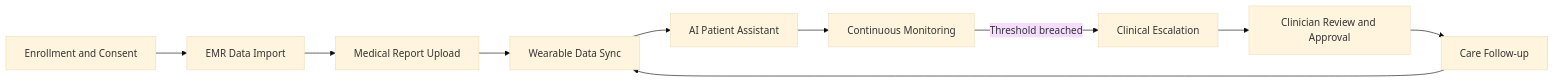
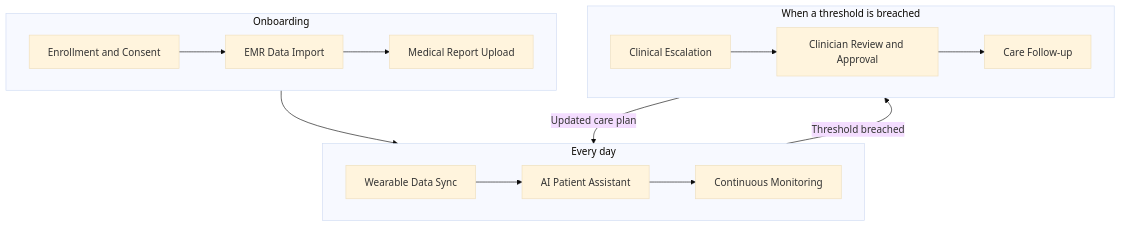
One commit to plantekconsulting/aivacare changed the first of 7 diagrams in docs/AivaCare-Architecture.md. Above: the diagram before and after it, drawn with Mermaid (base theme). The commit also changed other lines of this file and 5 other files, not shown here.

Commit message:
Architecture PDF, team test guide, downloadable sample lab report

````diff
--- a/docs/AivaCare-Architecture.md
+++ b/docs/AivaCare-Architecture.md
@@ -80,12 +80,18 @@
 ```mermaid
-flowchart LR
-  A["Enrollment and Consent"] --> B["EMR Data Import"]
-  B --> C["Medical Report Upload"]
-  C --> D["Wearable Data Sync"]
-  D --> E["AI Patient Assistant"]
-  E --> F["Continuous Monitoring"]
-  F -->|"Threshold breached"| G["Clinical Escalation"]
-  G --> H["Clinician Review and Approval"]
-  H --> I["Care Follow-up"]
-  I --> D
+flowchart TB
+  subgraph ON["Onboarding"]
+    direction LR
+    A["Enrollment and Consent"] --> B["EMR Data Import"] --> C["Medical Report Upload"]
+  end
+  subgraph DAY["Every day"]
+    direction LR
+    D["Wearable Data Sync"] --> E["AI Patient Assistant"] --> F["Continuous Monitoring"]
+  end
+  subgraph ACT["When a threshold is breached"]
+    direction LR
+    G["Clinical Escalation"] --> H["Clinician Review and Approval"] --> I["Care Follow-up"]
+  end
+  ON --> DAY
+  DAY -->|"Threshold breached"| ACT
+  ACT -->|"Updated care plan"| DAY
 ```
````
